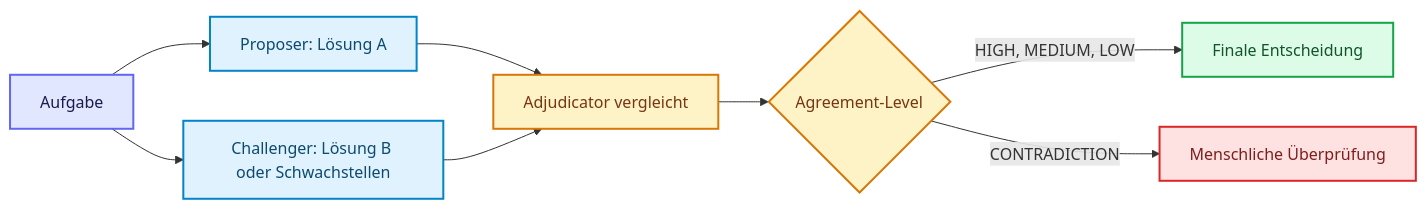
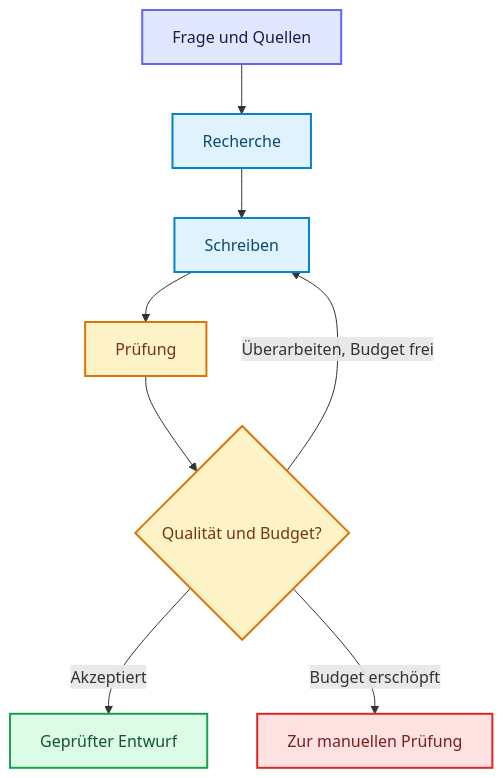
One commit to ralf-42/Agenten changed the diagram in docs/06-multi-agent-erweiterungen/multi-agent-systeme.md. Above: the diagram before and after it, drawn with Mermaid. The commit also changed other lines of this file and 12 other files, not shown here.

````diff
--- a/docs/06-multi-agent-erweiterungen/multi-agent-systeme.md
+++ b/docs/06-multi-agent-erweiterungen/multi-agent-systeme.md
@@ -365,21 +81,17 @@
 ```mermaid
-flowchart LR
-    TASK[Aufgabe] --> PRO[Proposer: Lösung A]
-    TASK --> CHA[Challenger: Lösung B oder Schwachstellen]
-    PRO --> ADJ[Adjudicator vergleicht]
-    CHA --> ADJ
-    ADJ --> LEVEL{Agreement-Level}
-    LEVEL -->|HIGH, MEDIUM, LOW| RESULT[Finale Entscheidung]
-    LEVEL -->|CONTRADICTION| HUMAN[Menschliche Überprüfung]
-
+flowchart TD
+    Q["Frage und Quellen"] --> R["Recherche"] --> W["Schreiben"] --> P["Prüfung"]
+    P --> C{"Qualität und Budget?"}
+    C -->|Akzeptiert| B["Geprüfter Entwurf"]
+    C -->|Überarbeiten, Budget frei| W
+    C -->|Budget erschöpft| H["Zur manuellen Prüfung"]
     classDef default fill:#e0f2fe,stroke:#0284c7,stroke-width:2px,color:#0c4a6e;
     classDef input fill:#e0e7ff,stroke:#6366f1,stroke-width:2px,color:#1e1b4b;
     classDef metric fill:#fef3c7,stroke:#d97706,stroke-width:2px,color:#78350f;
     classDef output fill:#dcfce7,stroke:#16a34a,stroke-width:2px,color:#14532d;
     classDef stop fill:#fee2e2,stroke:#dc2626,stroke-width:2px,color:#7f1d1d;
-
-    class TASK input;
-    class ADJ,LEVEL metric;
-    class RESULT output;
-    class HUMAN stop;
+    class Q input;
+    class P,C metric;
+    class B output;
+    class H stop;
 ```
````
